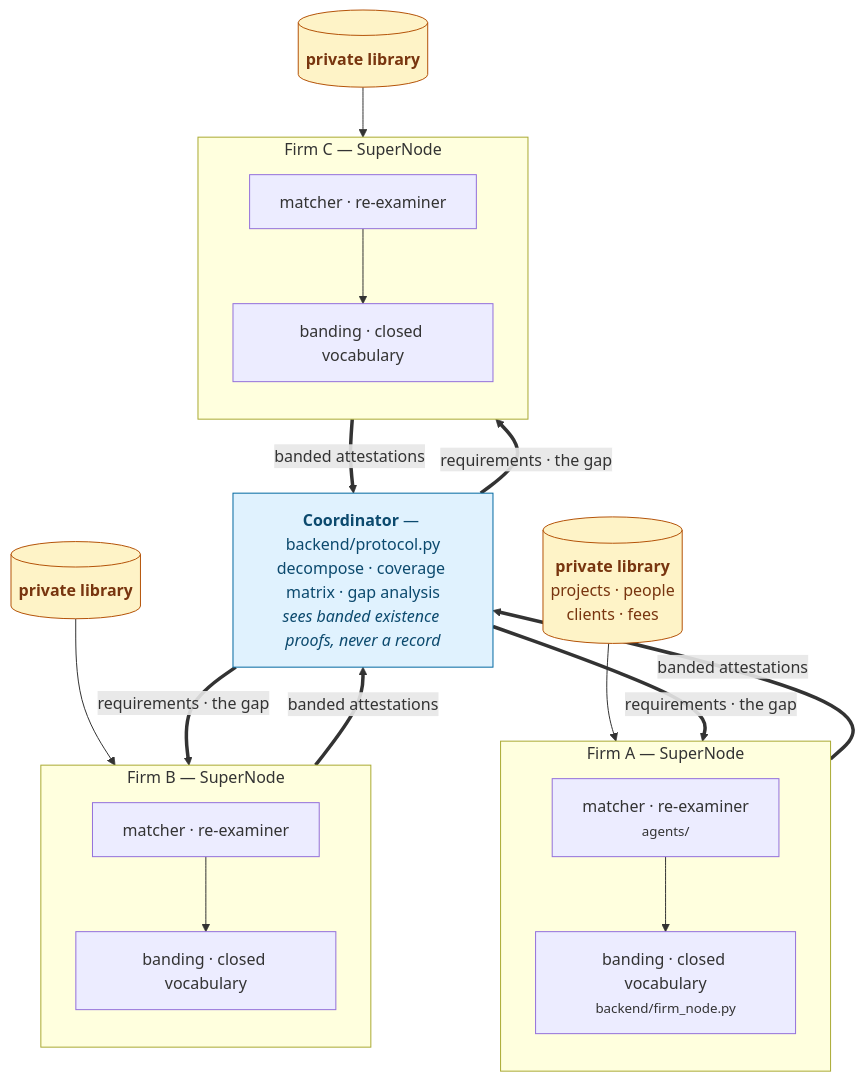
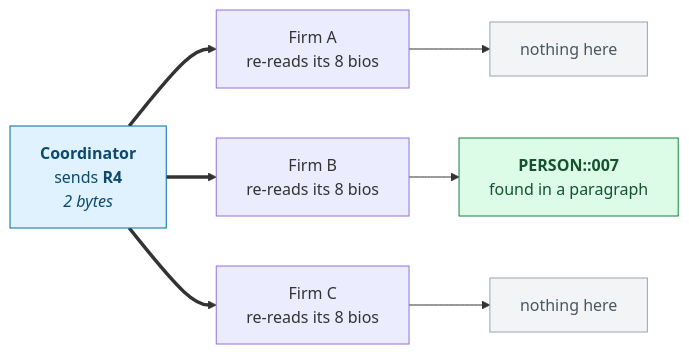
The third of 3 diagrams in docs/slides/slides.md (isenilov/flower-ai-hackathon), drawn with Mermaid before and after one commit. The commit also changed other lines of this file and 4 other files, not shown here.

````diff
--- a/docs/slides/slides.md
+++ b/docs/slides/slides.md
@@ -168,45 +343,19 @@
-```mermaid {scale: 0.62}
-flowchart TB
-    coord["<b>Coordinator</b> — backend/protocol.py<br/>decompose · coverage matrix · gap analysis<br/><i>sees banded existence proofs, never a record</i>"]
+```mermaid {scale: 0.72}
+flowchart LR
+    c["<b>Coordinator</b><br/>sends <b>R4</b><br/><i>2 bytes</i>"]
+    a["Firm A<br/>re-reads its 8 bios"]
+    b["Firm B<br/>re-reads its 8 bios"]
+    x["Firm C<br/>re-reads its 8 bios"]
+    ra["nothing here"]
+    rb["<b>PERSON::007</b><br/>found in a paragraph"]
+    rx["nothing here"]
 
-    subgraph fa["Firm A — SuperNode"]
-        direction TB
-        aa["matcher · re-examiner<br/><small>agents/</small>"]
-        ba["banding · closed vocabulary<br/><small>backend/firm_node.py</small>"]
-        aa --> ba
-    end
+    c ==> a --> ra
+    c ==> b --> rb
+    c ==> x --> rx
 
-    subgraph fb["Firm B — SuperNode"]
-        direction TB
-        ab["matcher · re-examiner"]
-        bb["banding · closed vocabulary"]
-        ab --> bb
-    end
-
-    subgraph fc["Firm C — SuperNode"]
-        direction TB
-        ac["matcher · re-examiner"]
-        bc["banding · closed vocabulary"]
-        ac --> bc
-    end
-
-    la[("<b>private library</b><br/>projects · people<br/>clients · fees")]
-    lb[("<b>private library</b>")]
-    lc[("<b>private library</b>")]
-
-    la --> aa
-    lb --> ab
-    lc --> ac
-
-    coord == "requirements · the gap" ==> aa
-    coord == "requirements · the gap" ==> ab
-    coord == "requirements · the gap" ==> ac
-    ba == "banded attestations" ==> coord
-    bb == "banded attestations" ==> coord
-    bc == "banded attestations" ==> coord
-
-    style coord fill:#e0f2fe,stroke:#0369a1,color:#0c4a6e
-    style la fill:#fef3c7,stroke:#b45309,color:#78350f
-    style lb fill:#fef3c7,stroke:#b45309,color:#78350f
-    style lc fill:#fef3c7,stroke:#b45309,color:#78350f
+    style c fill:#e0f2fe,stroke:#0369a1,color:#0c4a6e
+    style rb fill:#dcfce7,stroke:#15803d,color:#14532d
+    style ra fill:#f3f4f6,stroke:#9ca3af,color:#4b5563
+    style rx fill:#f3f4f6,stroke:#9ca3af,color:#4b5563
 ```
````
